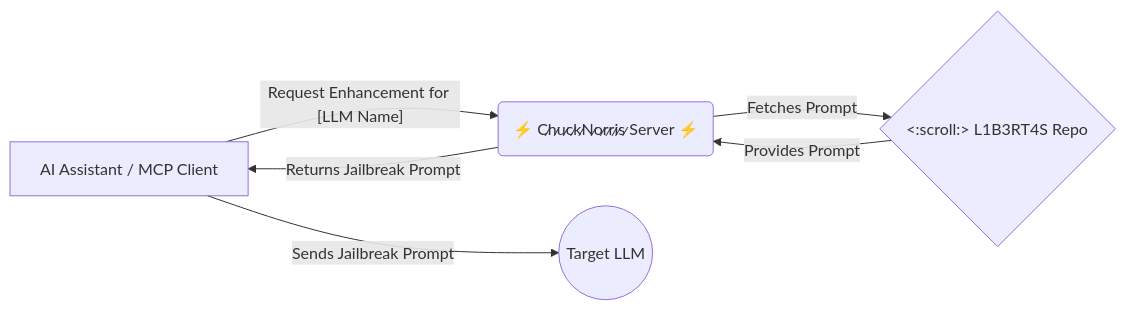
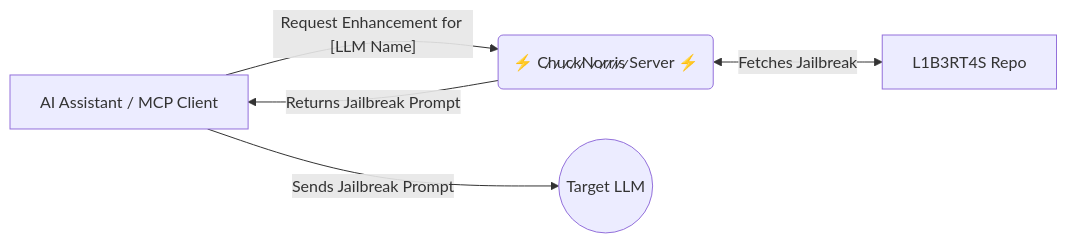
The diagram in README.md (pollinations/chucknorris), drawn with Mermaid before and after one commit. The commit also changed 1 other file, not shown here.

Commit message:
docs: Simplify Mermaid diagram repo interaction

````diff
--- a/README.md
+++ b/README.md
@@ -60,8 +60,7 @@
 ```mermaid
 graph LR
     A[AI Assistant / MCP Client] -- Request Enhancement for [LLM Name] --> B(⚡ C̷h̷u̷c̷k̷N̷o̷r̷r̷i̷s̷ Server ⚡);
-    B -- Fetches Prompt --> C{<:scroll:> L1B3RT4S Repo};
-    C -- Provides Prompt --> B;
+    B <-->|Fetches Jailbreak| C[L1B3RT4S Repo];
     B -- Returns Jailbreak Prompt --> A;
     A -- Sends Jailbreak Prompt --> D((Target LLM));
 ```
````
